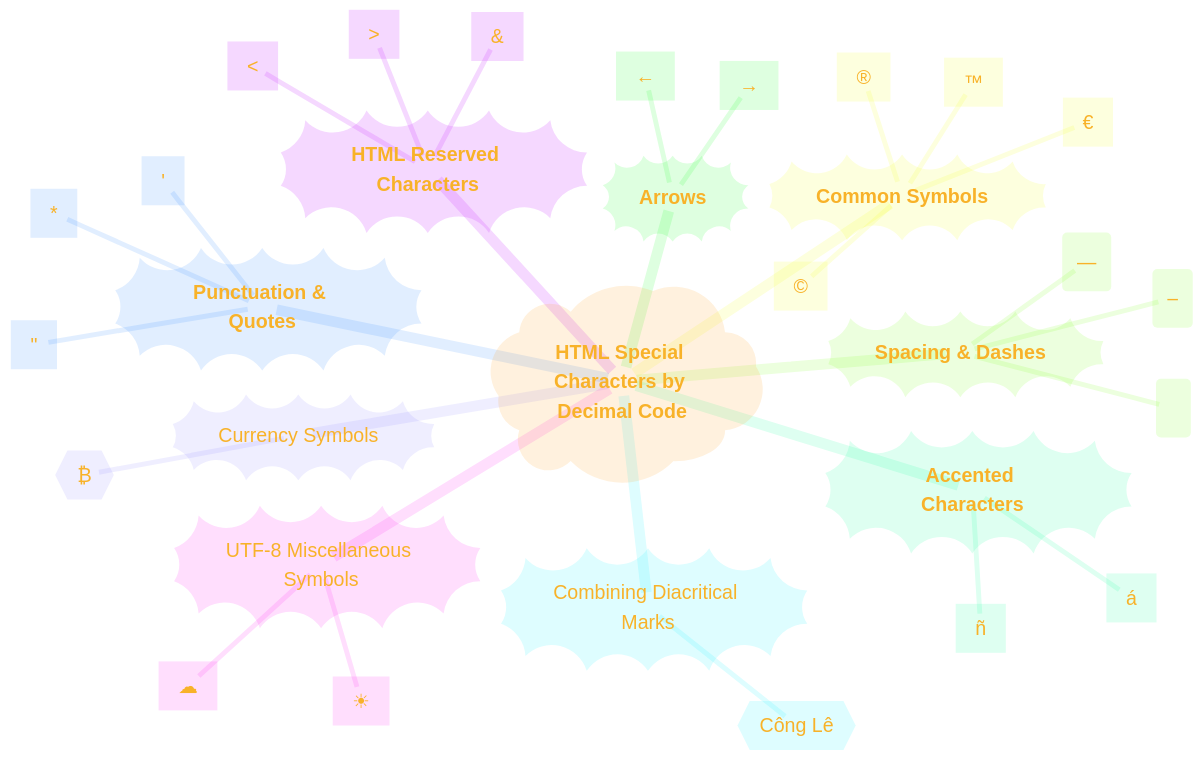
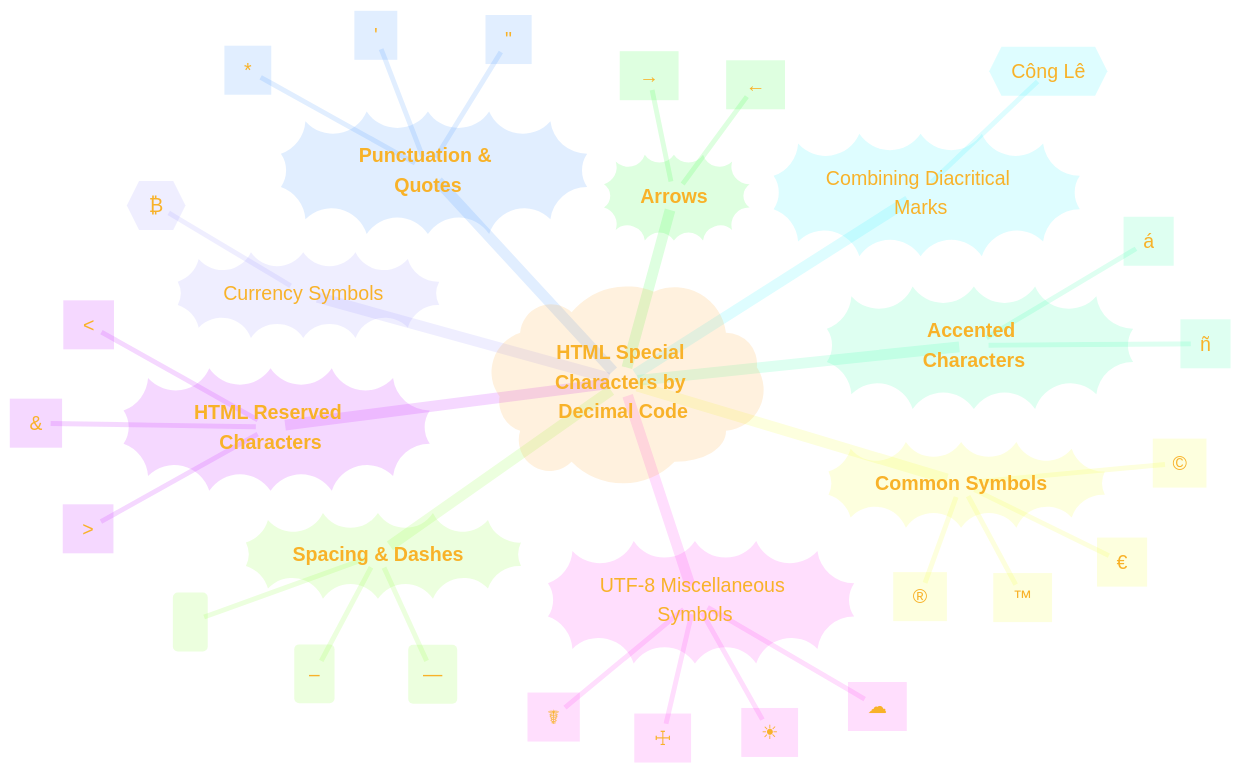
Before and after one commit to CongLeSolutionX/MY_GRAPHIC_ASSETS: the fifth of 6 diagrams in Designing_Graphic_Syntax/HTML_Entity_Number_in_decimal_representation_inside_Mermaid_diagrams.md, drawn with Mermaid.

Commit message:
update notes

````diff
--- a/Designing_Graphic_Syntax/HTML_Entity_Number_in_decimal_representation_inside_Mermaid_diagrams.md
+++ b/Designing_Graphic_Syntax/HTML_Entity_Number_in_decimal_representation_inside_Mermaid_diagrams.md
@@ -299,64 +299,66 @@
 ```mermaid
 ---
 title: "HTML Entity Number Rendered inside a Mermaid Mind Map"
 author: "Cong Le"
 version: "1.0"
 license(s): "MIT, CC BY-SA 4.0"
 copyright: "Copyright © 2025 Cong Le. All Rights Reserved."
 config:
   theme: base
 ---
 %%%%%%%% Mermaid version v11.4.1-b.14
 %%{
   init: {
     'fontFamily': 'Fantasy',
     'logLevel': 'fatal',
     'mindmap': {
 	    'nodeAlign': 'center',
 	    'padding': 10
     },
     'themeVariables': {
       'primaryColor': '#FC82',
       'primaryTextColor': '#F8B229',
       'primaryBorderColor': '#27AE60',
       'secondaryColor': '#EBF3',
       'secondaryTextColor': '#6C3483',
       'secondaryBorderColor': '#A569BD',
       'fontSize': '20px'
     }
   }
 }%%
 mindmap
   root)"**HTML Special Characters by Decimal Code**"(
     HTML_Reserved_Characters))"**HTML Reserved Characters**"((
         Symbol_1["`#60;`"] %% < %% Less than sign
         Symbol_2["`#62;`"] %% > %% Greater than sign
         Symbol_3["`#38;`"] %% & %% Ampersand
     Punctuation_and_Quotes))"**Punctuation & Quotes**"((
         Symbol_1["`#34;`"] %% " %% Double quotation mark
         Symbol_2["`#39;`"] %% ' %% Single quotation mark
         Symbol_3["`#42;`"] %% * %% Asterisk symbol
     Common_Symbols))"**Common Symbols**"((
         Symbol_1["`#169;`"] %% © %% Copyright Symbol
         Symbol_2["`#174;`"] %% ® %% Registered Symbol
         Symbol_3["`#8482;`"] %% ™ %% Trademark Symbol
         Symbol_4["`#8364;`"] %% € %% Euro Symbol
     Spacing_and_Dashes))"**Spacing & Dashes**"((
         Symbol_1("`#160;`") %% Non-Breaking Space
         Symbol_2("`#8211;`") %% En Dash
         Symbol_3("`#8212;`") %% Em Dash
     Arrows))"**Arrows**"((
         Symbol_1["`#8592;`"] %% ← %% Left Arrow
         Symbol_2["`#8594;`"] %% → %% Right Arrow
     Accented_Characters))"**Accented Characters**"((
         Symbol_1["`#225;`"] %% á
         Symbol_2["`#241;`"] %% ñ
     Combining_Diacritical_Marks))"Combining Diacritical Marks"((
         Character_1{{"`Co#770;ng Le#770;`"}} %% Công Lê
     Currency_Symbols))"Currency Symbols"((
         Character_1{{"`#8383;`"}} %% ₿ %% Bitcoin Sign
     UTF_8_Miscellaneous_Symbols))"UTF-8 Miscellaneous Symbols"((
         Symbol_1["`#9728;`"] %% ☀ %% BLACK SUN WITH RAYS
         Symbol_2["`#9729;`"] %% ☁ %% CLOUD
+        Symbol_3["`#9764;`"] %% ☤ %% CADUCEUS
+        Symbol_4["`#9769;`"] %% ☩ %% CROSS OF JERUSALEM
 
 ```
````
